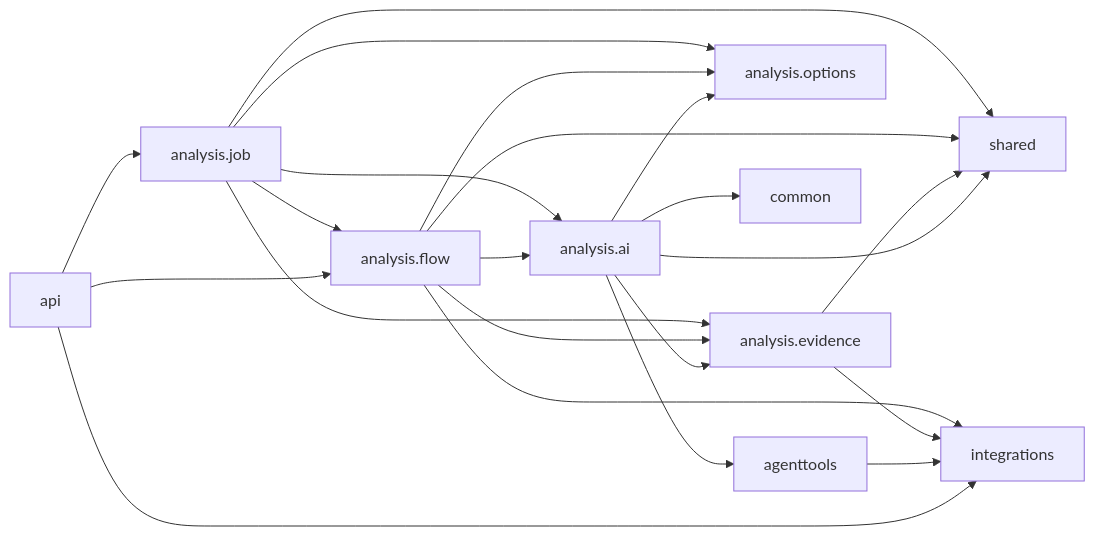
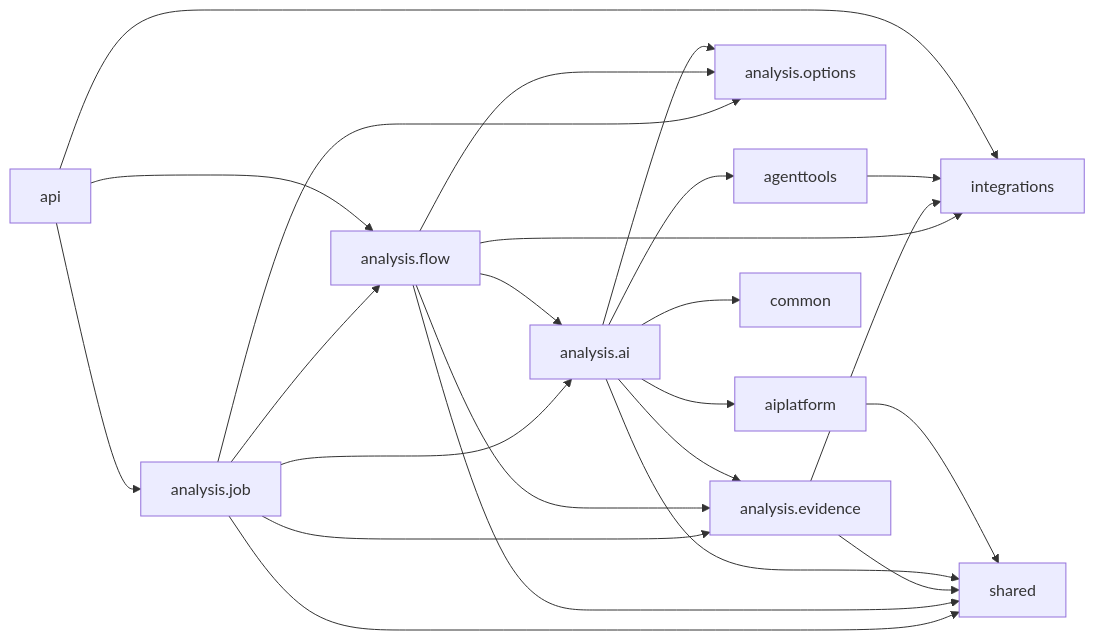
The second of 2 diagrams in docs/architecture/05-package-dependencies.md (herald-assistant/incident-tracker), drawn with Mermaid before and after one commit. The commit also changed other lines of this file and 60 other files, not shown here.

````diff
--- a/docs/architecture/05-package-dependencies.md
+++ b/docs/architecture/05-package-dependencies.md
@@ -135,29 +135,32 @@
 ```mermaid
 flowchart LR
     JOB["analysis.job"] --> FLOW["analysis.flow"]
     JOB --> AI["analysis.ai"]
     JOB --> EVIDENCE["analysis.evidence"]
     JOB --> OPTIONS["analysis.options"]
     JOB --> SHARED["shared"]
 
     FLOW --> EVIDENCE
     FLOW --> AI
     FLOW --> OPTIONS
     FLOW --> INTEGRATIONS["integrations"]
     FLOW --> SHARED
 
     EVIDENCE --> INTEGRATIONS["integrations"]
     EVIDENCE --> SHARED
 
+    AI --> AIPLATFORM["aiplatform"]
     AI --> AGENTTOOLS["agenttools"]
     AI --> EVIDENCE
     AI --> OPTIONS
     AI --> COMMON["common"]
     AI --> SHARED
+
+    AIPLATFORM --> SHARED
 
     AGENTTOOLS --> INTEGRATIONS
 
     API["api"] --> INTEGRATIONS
     API --> FLOW
     API --> JOB
 ```
````
